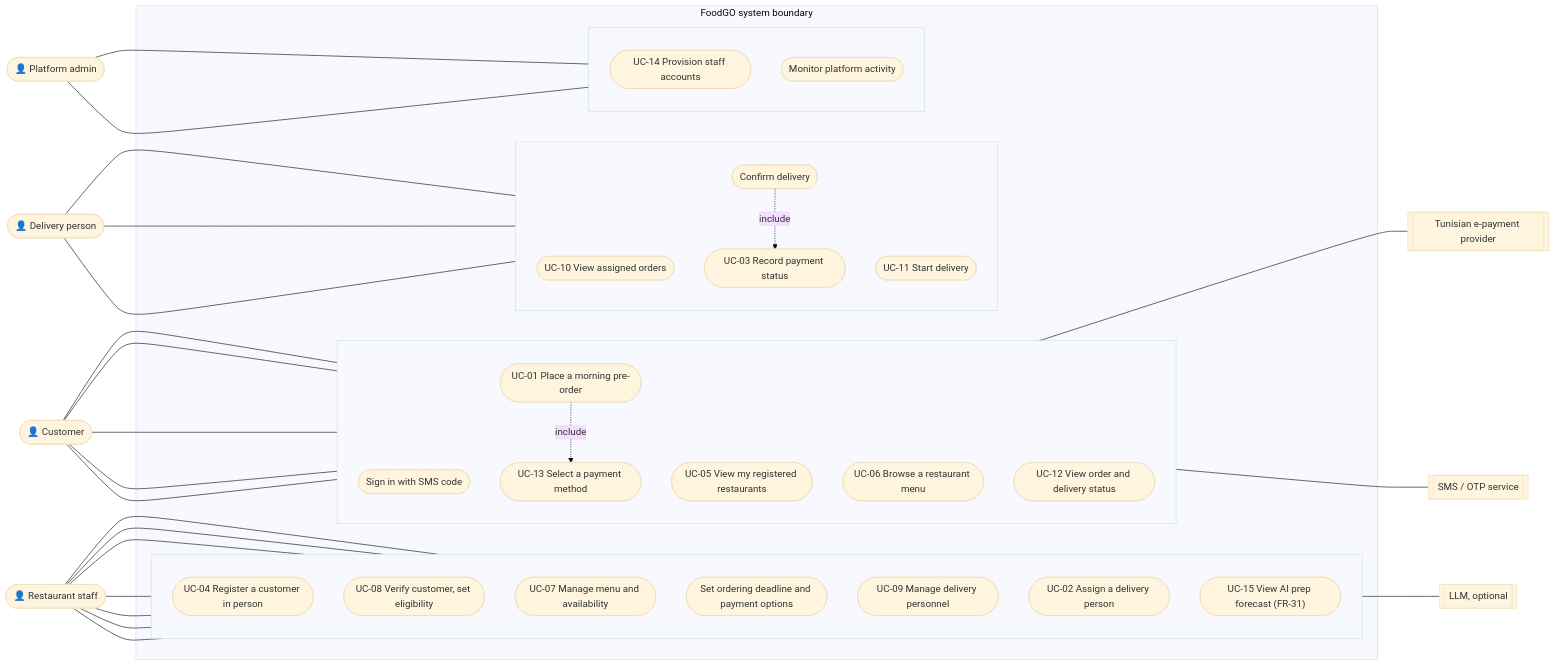
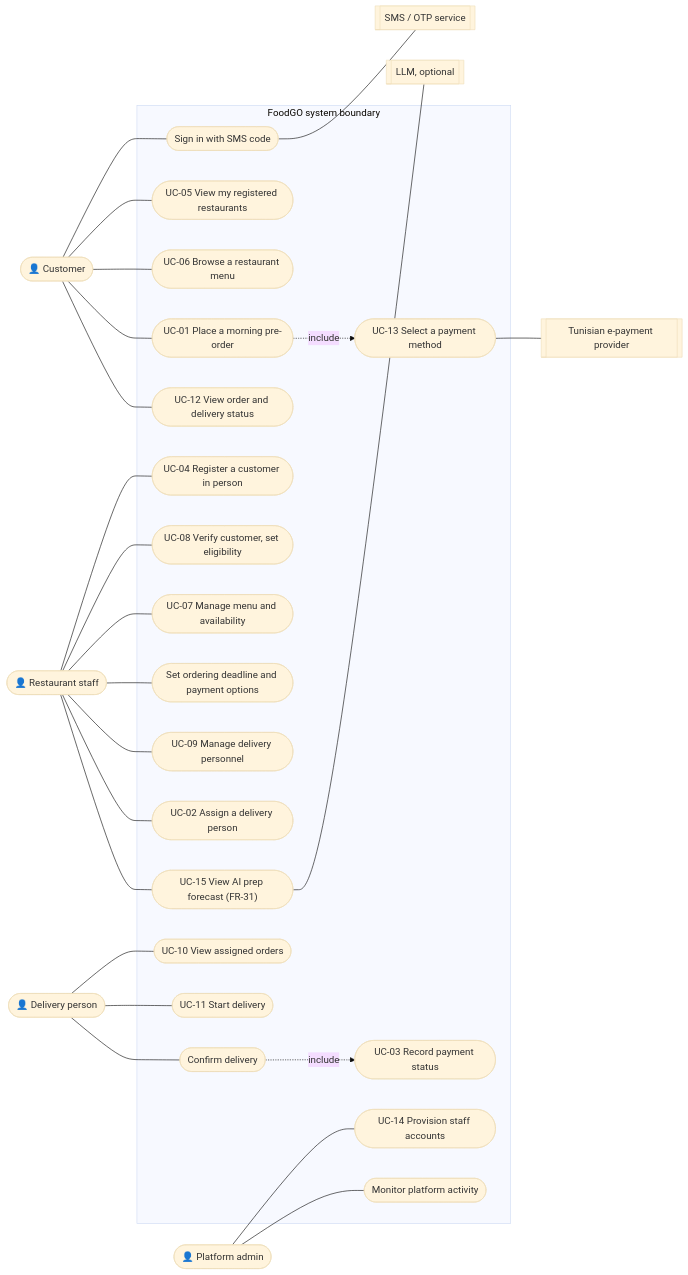
The diagram in docs/uml/use-case.mmd (HamzaBL04/FoodGO), drawn with Mermaid (base theme) before and after one commit. The commit also changed 20 other files, not shown here.

```diff
--- a/docs/uml/use-case.mmd
+++ b/docs/uml/use-case.mmd
@@ -1,56 +1,57 @@
 %% FoodGO — Use-case diagram (UC-01..UC-15). Mermaid has no native use-case
 %% type: actors are person nodes, use cases are stadium shapes, the large box
 %% is the system boundary, and dotted arrows are «include» relations.
 flowchart LR
   Customer(["👤 Customer"])
   Staff(["👤 Restaurant staff"])
   Courier(["👤 Delivery person"])
   Admin(["👤 Platform admin"])
 
   subgraph FoodGO["FoodGO system boundary"]
-    subgraph CU[" "]
-      direction TB
-      SIGN(["Sign in with SMS code"])
-      UC05(["UC-05 View my registered restaurants"])
-      UC06(["UC-06 Browse a restaurant menu"])
-      UC01(["UC-01 Place a morning pre-order"])
-      UC13(["UC-13 Select a payment method"])
-      UC12(["UC-12 View order and delivery status"])
-    end
-    subgraph RE[" "]
-      direction TB
-      UC04(["UC-04 Register a customer in person"])
-      UC08(["UC-08 Verify customer, set eligibility"])
-      UC07(["UC-07 Manage menu and availability"])
-      DL(["Set ordering deadline and payment options"])
-      UC09(["UC-09 Manage delivery personnel"])
-      UC02(["UC-02 Assign a delivery person"])
-      UC15(["UC-15 View AI prep forecast (FR-31)"])
-    end
-    subgraph DE[" "]
-      direction TB
-      UC10(["UC-10 View assigned orders"])
-      UC11(["UC-11 Start delivery"])
-      CONF(["Confirm delivery"])
-      UC03(["UC-03 Record payment status"])
-    end
-    subgraph AD[" "]
-      direction TB
-      UC14(["UC-14 Provision staff accounts"])
-      MON(["Monitor platform activity"])
-    end
+    SIGN(["Sign in with SMS code"])
+    UC05(["UC-05 View my registered restaurants"])
+    UC06(["UC-06 Browse a restaurant menu"])
+    UC01(["UC-01 Place a morning pre-order"])
+    UC13(["UC-13 Select a payment method"])
+    UC12(["UC-12 View order and delivery status"])
+    UC04(["UC-04 Register a customer in person"])
+    UC08(["UC-08 Verify customer, set eligibility"])
+    UC07(["UC-07 Manage menu and availability"])
+    DL(["Set ordering deadline and payment options"])
+    UC09(["UC-09 Manage delivery personnel"])
+    UC02(["UC-02 Assign a delivery person"])
+    UC15(["UC-15 View AI prep forecast (FR-31)"])
+    UC10(["UC-10 View assigned orders"])
+    UC11(["UC-11 Start delivery"])
+    CONF(["Confirm delivery"])
+    UC03(["UC-03 Record payment status"])
+    UC14(["UC-14 Provision staff accounts"])
+    MON(["Monitor platform activity"])
   end
 
   Pay[["Tunisian e-payment provider"]]
   SMS[["SMS / OTP service"]]
   LLM[["LLM, optional"]]
 
-  Customer --- SIGN & UC05 & UC06 & UC01 & UC12
+  Customer --- SIGN
+  Customer --- UC05
+  Customer --- UC06
+  Customer --- UC01
+  Customer --- UC12
   UC01 -. include .-> UC13
-  Staff --- UC04 & UC08 & UC07 & DL & UC09 & UC02 & UC15
-  Courier --- UC10 & UC11 & CONF
+  Staff --- UC04
+  Staff --- UC08
+  Staff --- UC07
+  Staff --- DL
+  Staff --- UC09
+  Staff --- UC02
+  Staff --- UC15
+  Courier --- UC10
+  Courier --- UC11
+  Courier --- CONF
   CONF -. include .-> UC03
-  Admin --- UC14 & MON
+  Admin --- UC14
+  Admin --- MON
   UC13 --- Pay
   SIGN --- SMS
   UC15 --- LLM
```
